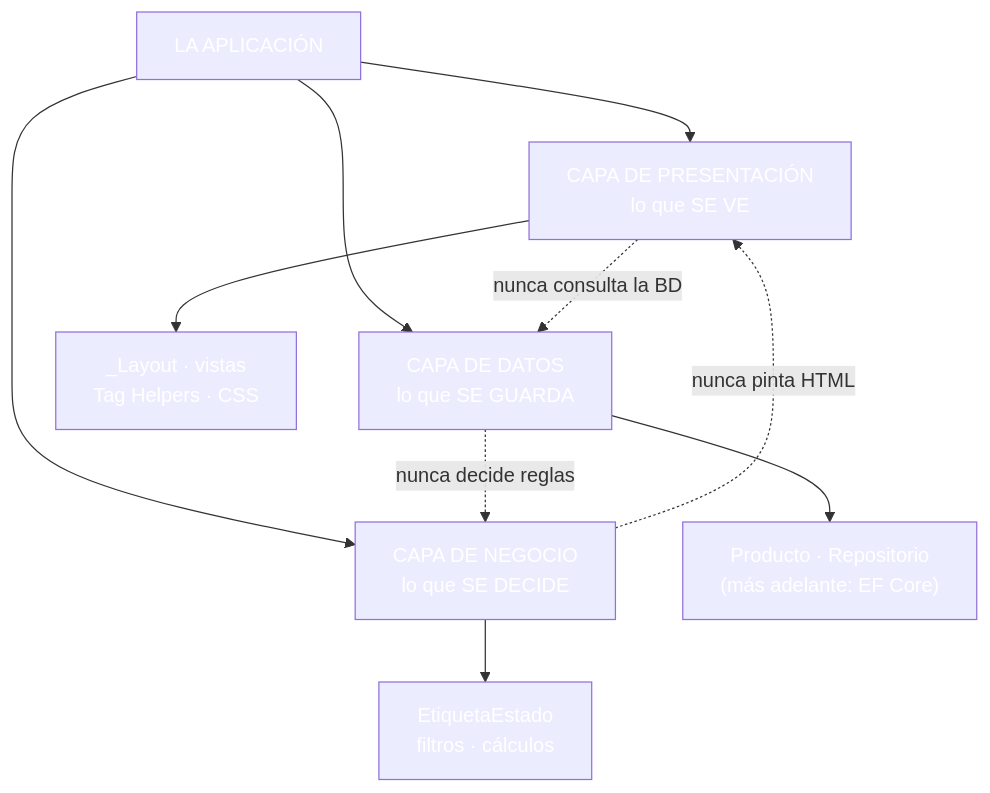
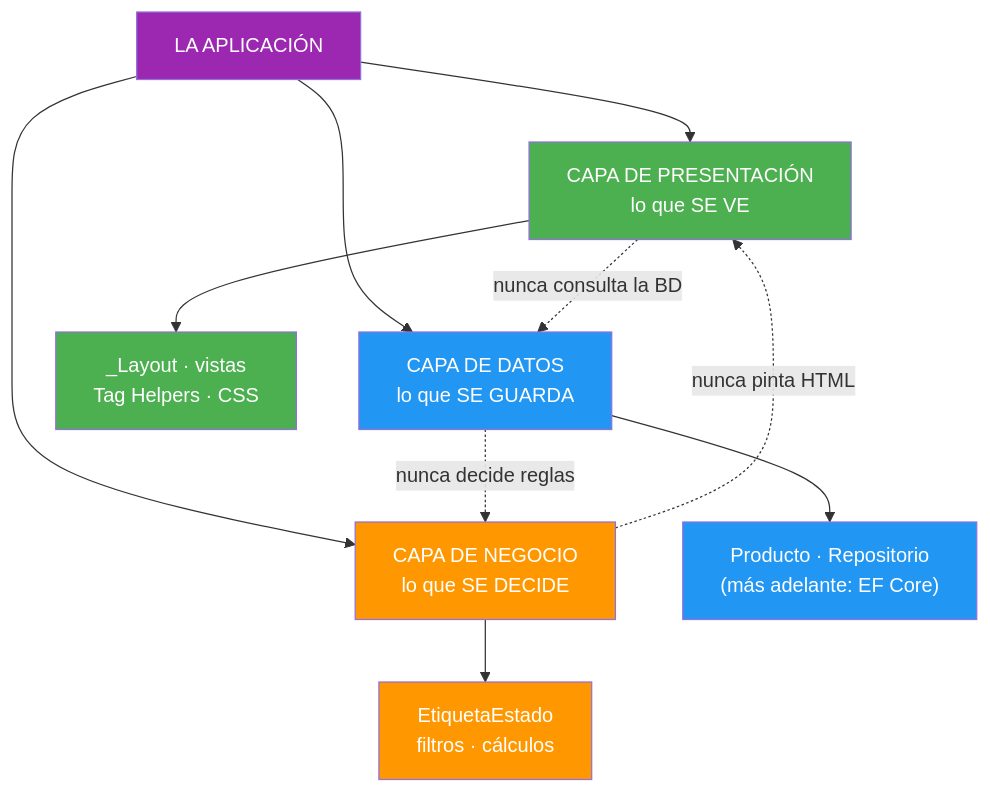
One commit to joseluisgs/DesarrolloWebEntornosServidor-03-2026-2027 changed the fifth of 5 diagrams in 07-mvc-arquitectura.md. Above: the diagram before and after it, drawn with Mermaid. The commit also changed other lines of this file and 25 other files, not shown here.

Commit message:
docs: corregir los estilos Mermaid de los temas y alinear el dominio del tema 25 con ProductosApp

````diff
--- a/07-mvc-arquitectura.md
+++ b/07-mvc-arquitectura.md
@@ -416,22 +416,22 @@
 ```mermaid
 graph TD
     A["LA APLICACIÓN"] --> P["CAPA DE PRESENTACIÓN<br/>lo que SE VE"]
     A --> N["CAPA DE NEGOCIO<br/>lo que SE DECIDE"]
     A --> D["CAPA DE DATOS<br/>lo que SE GUARDA"]
 
     P --> P1["_Layout · vistas<br/>Tag Helpers · CSS"]
     N --> N1["EtiquetaEstado<br/>filtros · cálculos"]
     D --> D1["Producto · Repositorio<br/>(más adelante: EF Core)"]
 
     N -.->|"nunca pinta HTML"| P
     D -.->|"nunca decide reglas"| N
     P -.->|"nunca consulta la BD"| D
 
-    style A fill:#9C27B,color:#fff0,color:#fff
-    style P fill:#4CAF5,color:#fff0,color:#fff
-    style N fill:#FF980,color:#fff0,color:#fff
-    style D fill:#2196F,color:#fff3,color:#fff
-    style P1 fill:#4CAF5,color:#fff0,color:#fff
-    style N1 fill:#FF980,color:#fff0,color:#fff
-    style D1 fill:#2196F,color:#fff3,color:#fff
+    style A fill:#9C27B0,color:#fff
+    style P fill:#4CAF50,color:#fff
+    style N fill:#FF9800,color:#fff
+    style D fill:#2196F3,color:#fff
+    style P1 fill:#4CAF50,color:#fff
+    style N1 fill:#FF9800,color:#fff
+    style D1 fill:#2196F3,color:#fff
 ```
````
